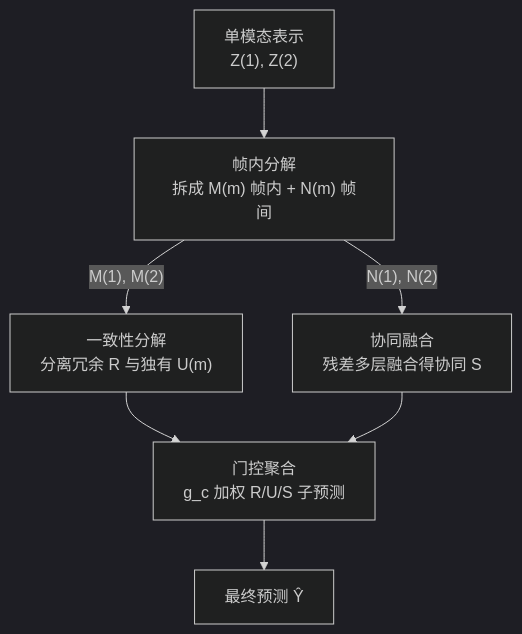
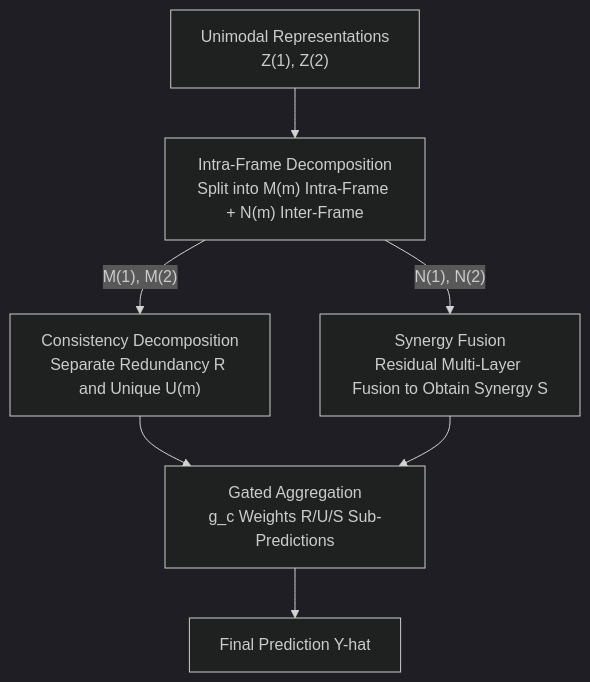
One commit to zhaoyang97/Paper-Notes-en changed the diagram in docs/CVPR2026/multimodal_vlm/information-theoretic_decomposition_for_multimodal_interaction_learning.md. Above: the diagram before and after it, drawn with Mermaid (dark theme). The commit also changed 644 other files, not shown here.

````diff
--- a/docs/CVPR2026/multimodal_vlm/information-theoretic_decomposition_for_multimodal_interaction_learning.md
+++ b/docs/CVPR2026/multimodal_vlm/information-theoretic_decomposition_for_multimodal_interaction_learning.md
@@ -59,10 +59,10 @@
 ```mermaid
 %%{init: {'flowchart': {'rankSpacing': 24, 'nodeSpacing': 28, 'padding': 6, 'wrappingWidth': 400, 'subGraphTitleMargin': {'top': 8, 'bottom': 16}}}%%
 flowchart TD
-    Z["单模态表示<br/>Z(1), Z(2)"] --> ID["帧内分解<br/>拆成 M(m) 帧内 + N(m) 帧间"]
-    ID -->|"M(1), M(2)"| CD["一致性分解<br/>分离冗余 R 与独有 U(m)"]
-    ID -->|"N(1), N(2)"| SYN["协同融合<br/>残差多层融合得协同 S"]
-    CD --> GATE["门控聚合<br/>g_c 加权 R/U/S 子预测"]
+    Z["Unimodal Representations<br/>Z(1), Z(2)"] --> ID["Intra-Frame Decomposition<br/>Split into M(m) Intra-Frame + N(m) Inter-Frame"]
+    ID -->|"M(1), M(2)"| CD["Consistency Decomposition<br/>Separate Redundancy R and Unique U(m)"]
+    ID -->|"N(1), N(2)"| SYN["Synergy Fusion<br/>Residual Multi-Layer Fusion to Obtain Synergy S"]
+    CD --> GATE["Gated Aggregation<br/>g_c Weights R/U/S Sub-Predictions"]
     SYN --> GATE
-    GATE --> OUT["最终预测 Ŷ"]
+    GATE --> OUT["Final Prediction Y-hat"]
 ```
````
